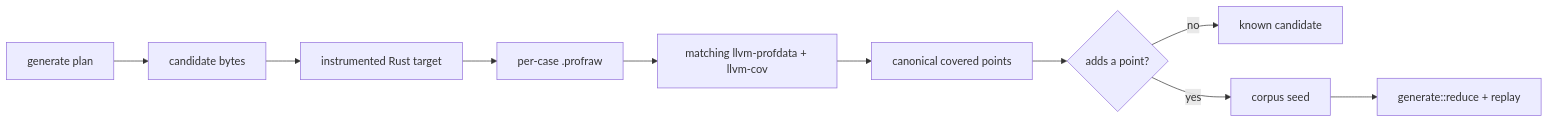
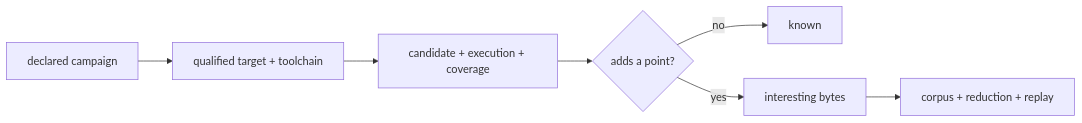
Before and after one commit to freebatteryfactory/Macroonz: the diagram in harness/src/fuzz/README.md, drawn with Mermaid. The commit also changed other lines of this file and 12 other files, not shown here.

````diff
--- a/harness/src/fuzz/README.md
+++ b/harness/src/fuzz/README.md
@@ -31,15 +49,12 @@
 ```mermaid
 flowchart LR
-    accTitle: Rustc coverage feedback road
-    accDescr: Generated candidate bytes run through an instrumented Rust target and matching LLVM tools, after which coverage novelty either discards the candidate or retains it for corpus, reduction, and replay use.
+    accTitle: Stable rustc coverage feedback
+    accDescr: A declared campaign joins candidate bytes to one qualified execution, then retains only candidates that add canonical coverage before handing failures to existing reduction and replay owners.
 
-    PLAN["generate plan"] --> BYTES["candidate bytes"]
-    BYTES --> TARGET["instrumented Rust target"]
-    TARGET --> RAW["per-case .profraw"]
-    RAW --> TOOLS["matching llvm-profdata + llvm-cov"]
-    TOOLS --> POINTS["canonical covered points"]
-    POINTS --> NOVEL{"adds a point?"}
-    NOVEL -->|no| DISCARD["known candidate"]
-    NOVEL -->|yes| KEEP["corpus seed"]
-    KEEP --> REDUCE["generate::reduce + replay"]
+    CAMPAIGN["declared campaign"] --> READY["qualified target + toolchain"]
+    READY --> READING["candidate + execution + coverage"]
+    READING --> NOVEL{"adds a point?"}
+    NOVEL -->|no| KNOWN["known"]
+    NOVEL -->|yes| SEED["interesting bytes"]
+    SEED --> OWNERS["corpus + reduction + replay"]
 ```
````
